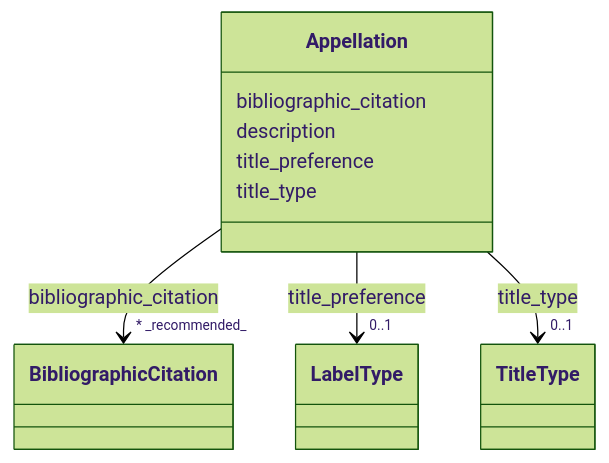
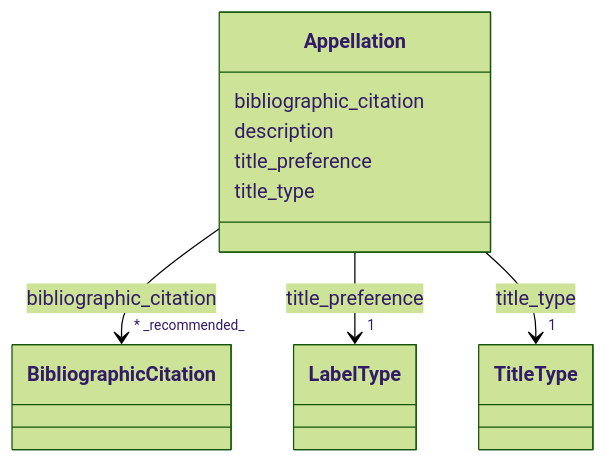
Before and after one commit to arqtrad/schema: the diagram in docs/Appellation.md, drawn with Mermaid (forest theme). The commit also changed other lines of this file and 137 other files, not shown here.

````diff
--- a/docs/Appellation.md
+++ b/docs/Appellation.md
@@ -18,41 +18,41 @@
 ```mermaid
  classDiagram
     class Appellation
     click Appellation href "../Appellation/"
       Appellation : bibliographic_citation
 
 
 
 
 
         Appellation --> "* _recommended_" BibliographicCitation : bibliographic_citation
         click BibliographicCitation href "../BibliographicCitation/"
 
 
 
       Appellation : description
 
       Appellation : title_preference
 
 
 
 
 
-        Appellation --> "0..1" LabelType : title_preference
+        Appellation --> "1" LabelType : title_preference
         click LabelType href "../LabelType/"
 
 
 
       Appellation : title_type
 
 
 
 
 
-        Appellation --> "0..1" TitleType : title_type
+        Appellation --> "1" TitleType : title_type
         click TitleType href "../TitleType/"
 
 
 
 
 ```
````
